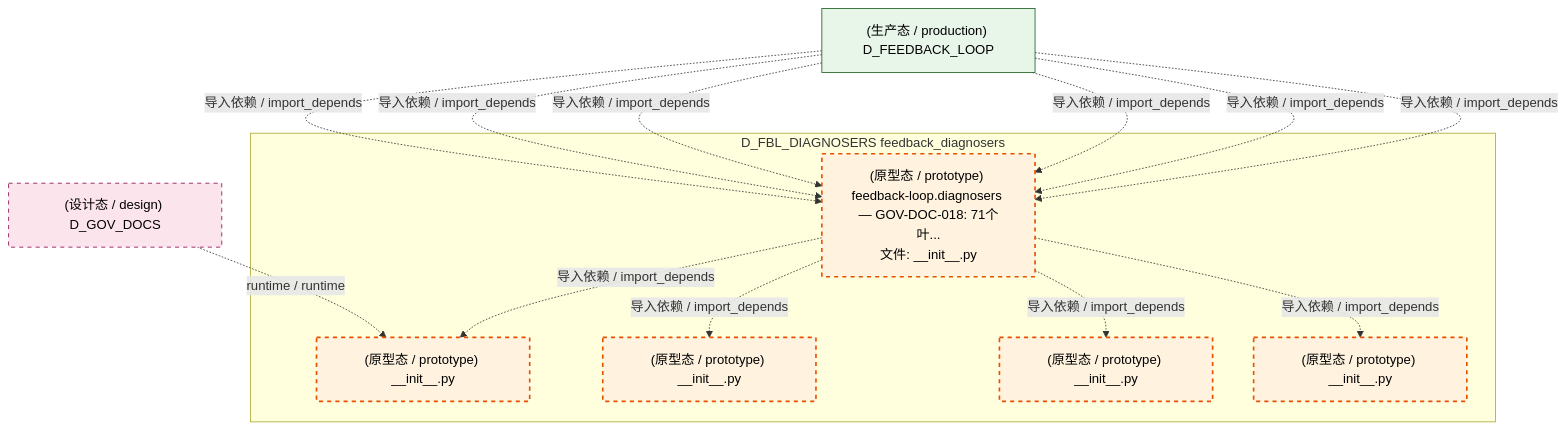
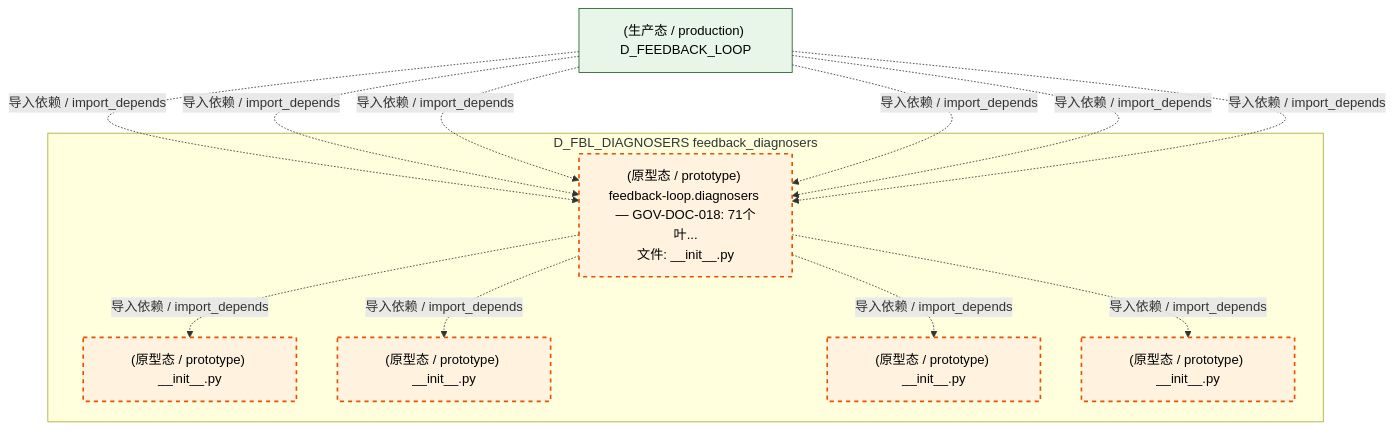
One commit to xuanFelixVan/ZephyrAlpha changed the fifth of 6 diagrams in docs/02_enterprise_architecture/02_domain_architecture_docs/12_d_fbl_diagnosers.md. Above: the diagram before and after it, drawn with Mermaid. The commit also changed other lines of this file and 97 other files, not shown here.

````diff
--- a/docs/02_enterprise_architecture/02_domain_architecture_docs/12_d_fbl_diagnosers.md
+++ b/docs/02_enterprise_architecture/02_domain_architecture_docs/12_d_fbl_diagnosers.md
@@ -374,30 +371,27 @@
 ```mermaid
 graph TD
     subgraph D_FBL_DIAGNOSERS["D_FBL_DIAGNOSERS feedback_diagnosers"]
         src_zephyr_feedback_loop_diagnosers_init_py["(原型态 / prototype) feedback-loop.diagnosers — GOV-DOC-018: 71个叶...<br/>文件: __init__.py"]
         src_zephyr_feedback_loop_diagnosers_cognitive_init_py["(原型态 / prototype) __init__.py"]
         src_zephyr_feedback_loop_diagnosers_diagnosis_init_py["(原型态 / prototype) __init__.py"]
         src_zephyr_feedback_loop_diagnosers_health_init_py["(原型态 / prototype) __init__.py"]
         src_zephyr_feedback_loop_diagnosers_reliability_init_py["(原型态 / prototype) __init__.py"]
     end
+    src_zephyr_feedback_loop_diagnosers_init_py -.->|导入依赖 / import_depends| src_zephyr_feedback_loop_diagnosers_diagnosis_init_py
     src_zephyr_feedback_loop_diagnosers_init_py -.->|导入依赖 / import_depends| src_zephyr_feedback_loop_diagnosers_cognitive_init_py
-    src_zephyr_feedback_loop_diagnosers_init_py -.->|导入依赖 / import_depends| src_zephyr_feedback_loop_diagnosers_diagnosis_init_py
     src_zephyr_feedback_loop_diagnosers_init_py -.->|导入依赖 / import_depends| src_zephyr_feedback_loop_diagnosers_health_init_py
     src_zephyr_feedback_loop_diagnosers_init_py -.->|导入依赖 / import_depends| src_zephyr_feedback_loop_diagnosers_reliability_init_py
-    D_GOV_DOCS["(设计态 / design) D_GOV_DOCS"]
-    D_GOV_DOCS -.->|runtime / runtime| src_zephyr_feedback_loop_diagnosers_cognitive_init_py
     D_FEEDBACK_LOOP["(生产态 / production) D_FEEDBACK_LOOP"]
     D_FEEDBACK_LOOP -.->|导入依赖 / import_depends| src_zephyr_feedback_loop_diagnosers_init_py
     D_FEEDBACK_LOOP -.->|导入依赖 / import_depends| src_zephyr_feedback_loop_diagnosers_init_py
     D_FEEDBACK_LOOP -.->|导入依赖 / import_depends| src_zephyr_feedback_loop_diagnosers_init_py
     D_FEEDBACK_LOOP -.->|导入依赖 / import_depends| src_zephyr_feedback_loop_diagnosers_init_py
     D_FEEDBACK_LOOP -.->|导入依赖 / import_depends| src_zephyr_feedback_loop_diagnosers_init_py
     D_FEEDBACK_LOOP -.->|导入依赖 / import_depends| src_zephyr_feedback_loop_diagnosers_init_py
     classDef production fill:#e1f5fe,stroke:#01579b,stroke-width:2px,color:#000
     classDef design fill:#fff3e0,stroke:#e65100,stroke-width:2px,color:#000,stroke-dasharray: 5 5
     classDef external_prod fill:#e8f5e9,stroke:#1b5e20,stroke-width:1px,color:#000
     classDef external_design fill:#fce4ec,stroke:#880e4f,stroke-width:1px,color:#000,stroke-dasharray: 5 5
     class src_zephyr_feedback_loop_diagnosers_init_py,src_zephyr_feedback_loop_diagnosers_cognitive_init_py,src_zephyr_feedback_loop_diagnosers_diagnosis_init_py,src_zephyr_feedback_loop_diagnosers_health_init_py,src_zephyr_feedback_loop_diagnosers_reliability_init_py design
     class D_FEEDBACK_LOOP external_prod
-    class D_GOV_DOCS external_design
 ```
````
